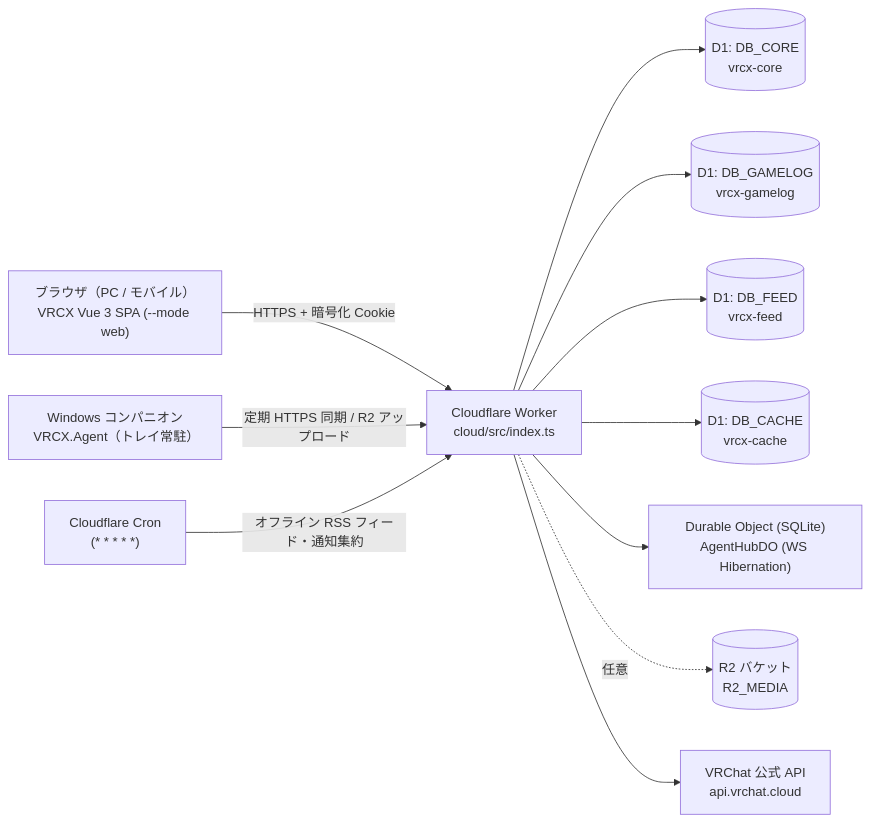
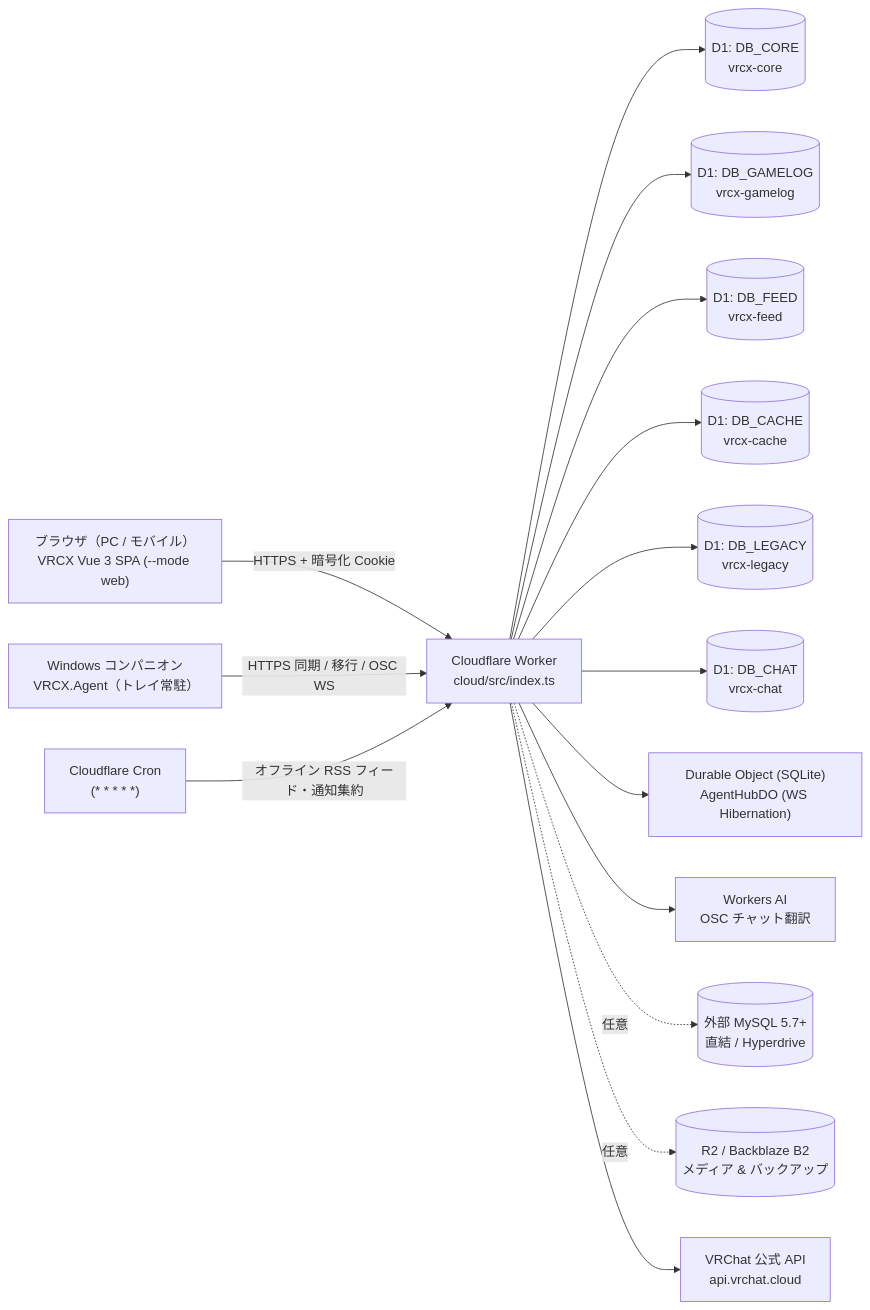
The diagram in README.ja.md (nuomew/VRCX-Worker), drawn with Mermaid before and after one commit. The commit also changed other lines of this file and 6 other files, not shown here.

Commit message:
docs: sync trilingual README, DEPLOY guides, and MEMORY with 6 D1 shards, external MySQL, Workers AI, and dual anime-site themes

````diff
--- a/README.ja.md
+++ b/README.ja.md
@@ -38,14 +44,18 @@
 ```mermaid
 flowchart LR
     Browser["ブラウザ（PC / モバイル）<br/>VRCX Vue 3 SPA (--mode web)"] -->|HTTPS + 暗号化 Cookie| Worker["Cloudflare Worker<br/>cloud/src/index.ts"]
-    Agent["Windows コンパニオン<br/>VRCX.Agent（トレイ常駐）"] -->|定期 HTTPS 同期 / R2 アップロード| Worker
+    Agent["Windows コンパニオン<br/>VRCX.Agent（トレイ常駐）"] -->|HTTPS 同期 / 移行 / OSC WS| Worker
     Cron["Cloudflare Cron<br/>(* * * * *)"] -->|オフライン RSS フィード・通知集約| Worker
 
     Worker --> DBCore[("D1: DB_CORE<br/>vrcx-core")]
     Worker --> DBGame[("D1: DB_GAMELOG<br/>vrcx-gamelog")]
     Worker --> DBFeed[("D1: DB_FEED<br/>vrcx-feed")]
     Worker --> DBCache[("D1: DB_CACHE<br/>vrcx-cache")]
+    Worker --> DBLegacy[("D1: DB_LEGACY<br/>vrcx-legacy")]
+    Worker --> DBChat[("D1: DB_CHAT<br/>vrcx-chat")]
     Worker --> DO["Durable Object (SQLite)<br/>AgentHubDO (WS Hibernation)"]
-    Worker -. 任意 .-> R2[("R2 バケット<br/>R2_MEDIA")]
+    Worker --> AI["Workers AI<br/>OSC チャット翻訳"]
+    Worker -. 任意 .-> MySQL[("外部 MySQL 5.7+<br/>直結 / Hyperdrive")]
+    Worker -. 任意 .-> R2[("R2 / Backblaze B2<br/>メディア & バックアップ")]
     Worker --> VRC["VRChat 公式 API<br/>api.vrchat.cloud"]
 ```
````
